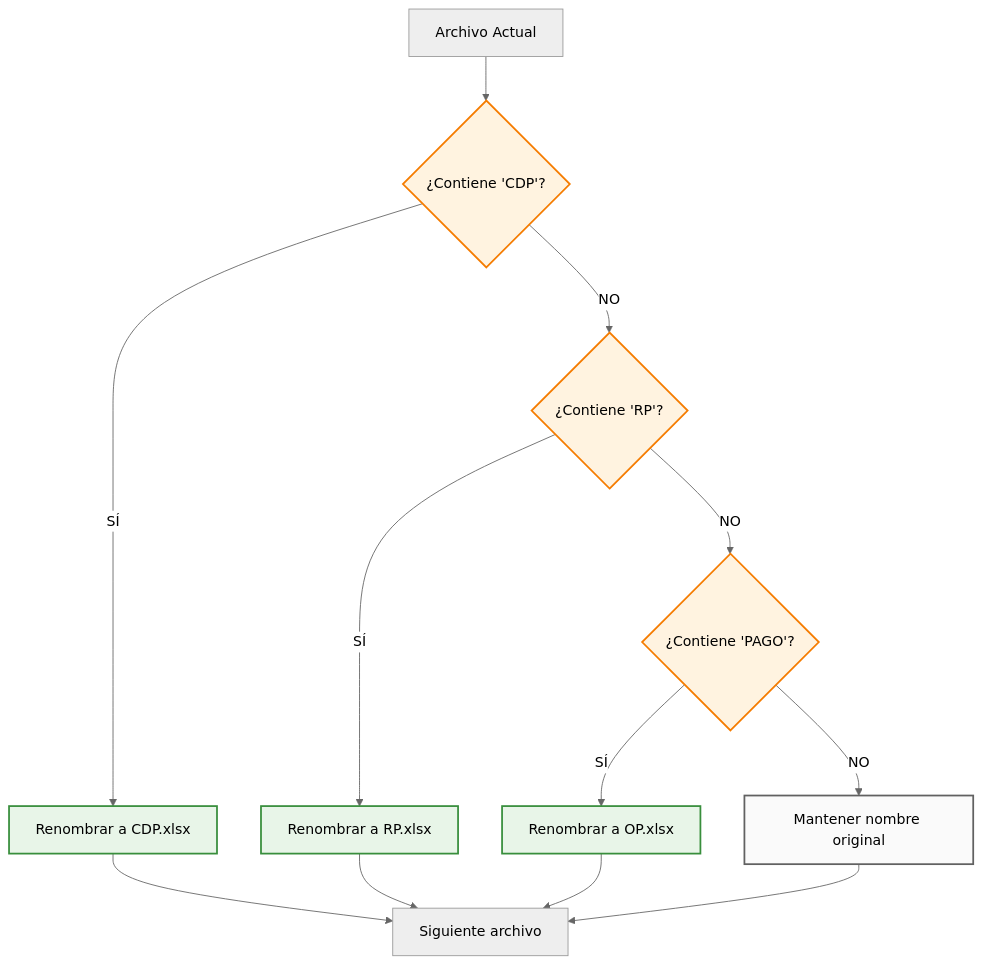
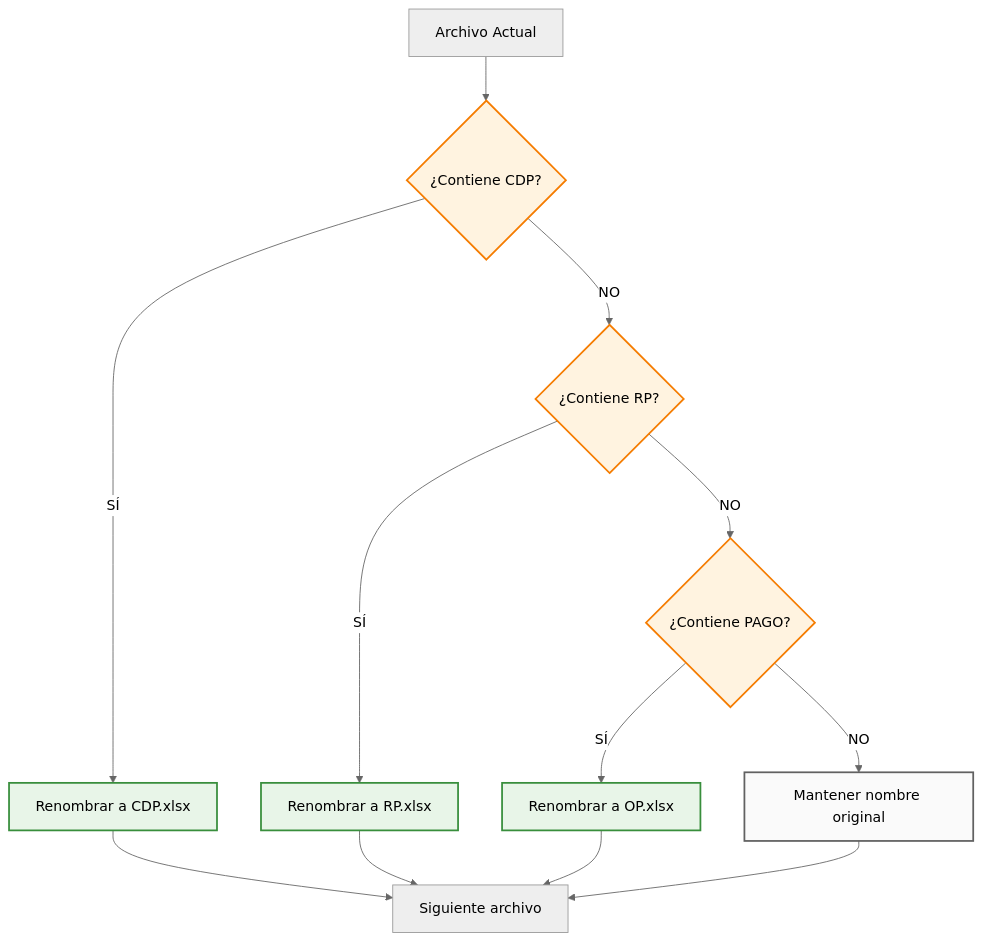
The fifth of 12 diagrams in flujo_presupuesto/diagrama_flujo_power_automate.md (melqui16rv/automatizaciones), drawn with Mermaid (neutral theme) before and after one commit. The commit also changed other lines of this file, not shown here.

````diff
--- a/flujo_presupuesto/diagrama_flujo_power_automate.md
+++ b/flujo_presupuesto/diagrama_flujo_power_automate.md
@@ -133,23 +133,23 @@
 ```mermaid
 graph TD
-    A[Archivo Actual] --> B{¿Contiene 'CDP'?}
+    A[Archivo Actual] --> B{¿Contiene CDP?}
     B -->|SÍ| C[Renombrar a CDP.xlsx]
-    B -->|NO| D{¿Contiene 'RP'?}
+    B -->|NO| D{¿Contiene RP?}
     D -->|SÍ| E[Renombrar a RP.xlsx]
-    D -->|NO| F{¿Contiene 'PAGO'?}
+    D -->|NO| F{¿Contiene PAGO?}
     F -->|SÍ| G[Renombrar a OP.xlsx]
     F -->|NO| H[Mantener nombre original]
     
     C --> I[Siguiente archivo]
     E --> I
     G --> I
     H --> I
     
     classDef condition fill:#fff3e0,stroke:#f57c00,stroke-width:2px
     classDef action fill:#e8f5e8,stroke:#388e3c,stroke-width:2px
     classDef neutral fill:#fafafa,stroke:#616161,stroke-width:2px
     
     class B,D,F condition
     class C,E,G action
     class H neutral
 ```
````
